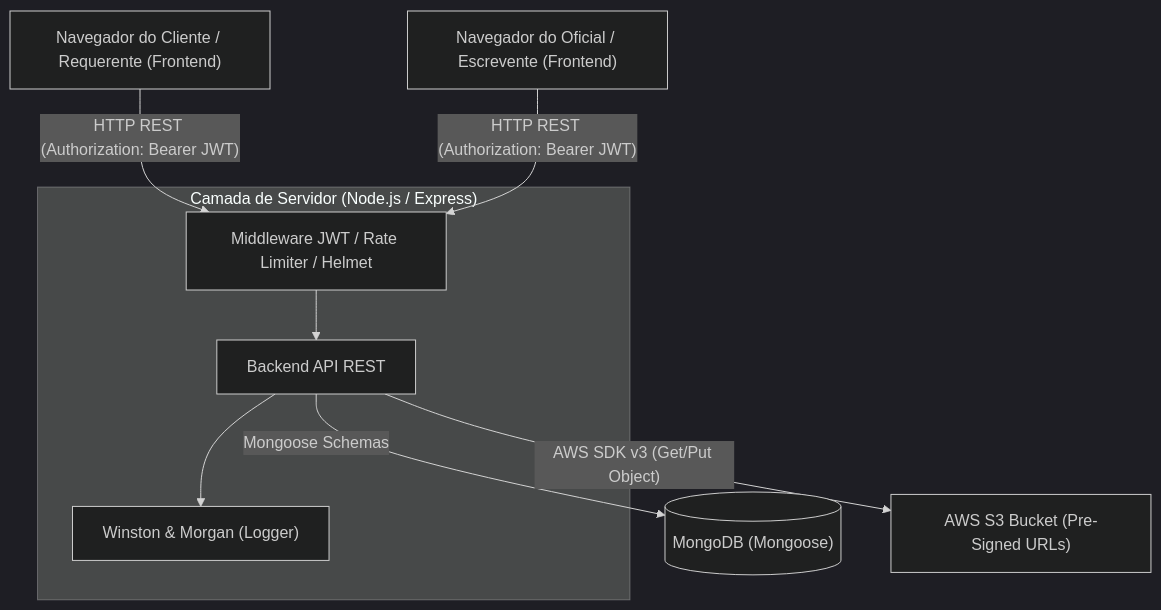
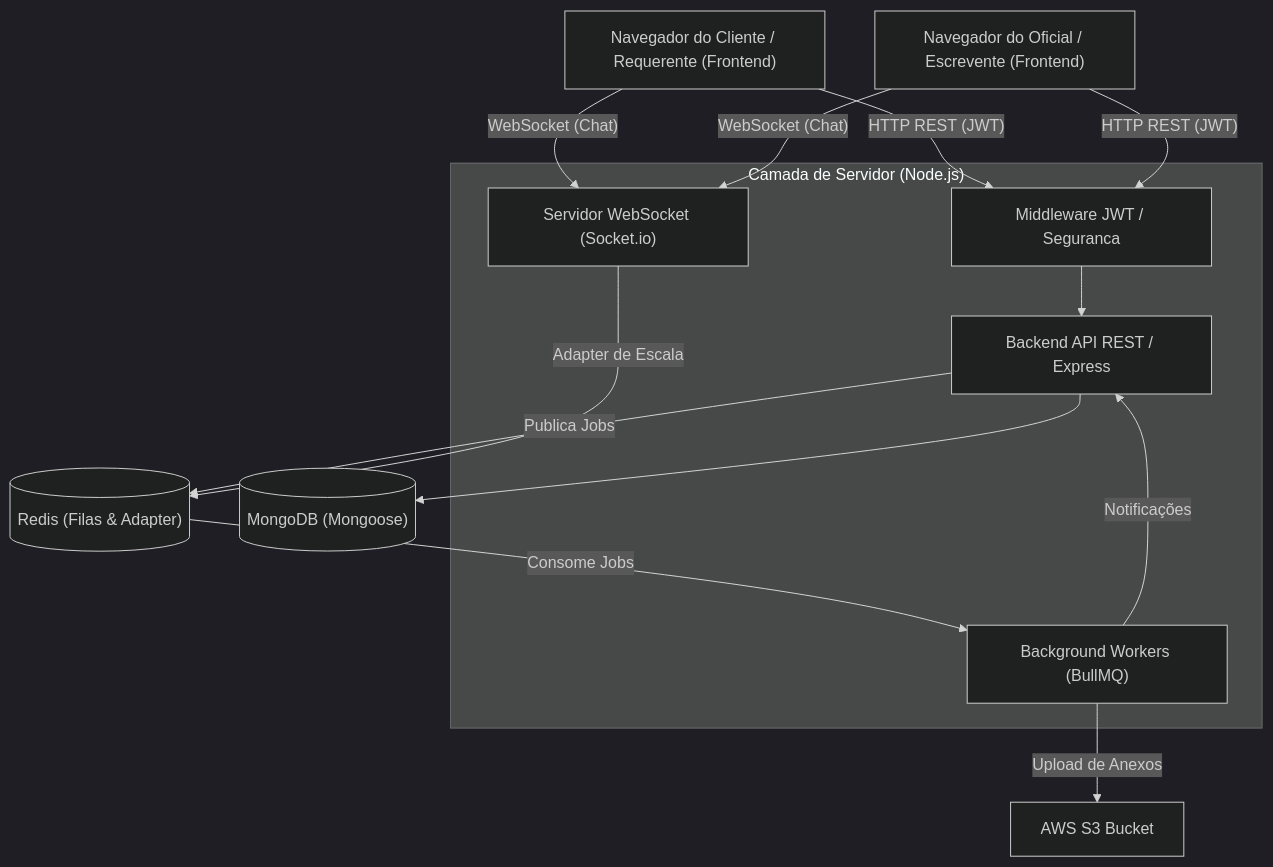
The first of 5 diagrams in documentacao_tecnica.md (Bruno-LimaHG/SIGACRC), drawn with Mermaid (dark theme) before and after one commit. The commit also changed other lines of this file and 35 other files, not shown here.

Commit message:
feat: atualização da arquitetura (BullMQ, Redis, WebSocket) na documentação técnica, ajustes de SEO (robots.txt, roteamento) e reescrita de textos (WAF)

````diff
--- a/documentacao_tecnica.md
+++ b/documentacao_tecnica.md
@@ -32,22 +34,31 @@
 ```mermaid
 graph TD
     Client["Navegador do Cliente / Requerente (Frontend)"]
     Admin["Navegador do Oficial / Escrevente (Frontend)"]
     
-    subgraph "Camada de Servidor (Node.js / Express)"
-        API["Backend API REST"]
-        Auth["Middleware JWT / Rate Limiter / Helmet"]
-        Logger["Winston & Morgan (Logger)"]
+    subgraph "Camada de Servidor (Node.js)"
+        API["Backend API REST / Express"]
+        WS["Servidor WebSocket (Socket.io)"]
+        Auth["Middleware JWT / Seguranca"]
+        Workers["Background Workers (BullMQ)"]
     end
     
     DB[("MongoDB (Mongoose)")]
-    S3["AWS S3 Bucket (Pre-Signed URLs)"]
+    Redis[("Redis (Filas & Adapter)")]
+    S3["AWS S3 Bucket"]
     
-    Client -- "HTTP REST (Authorization: Bearer JWT)" --> Auth
-    Admin -- "HTTP REST (Authorization: Bearer JWT)" --> Auth
+    Client -- "HTTP REST (JWT)" --> Auth
+    Admin -- "HTTP REST (JWT)" --> Auth
+    Client -- "WebSocket (Chat)" --> WS
+    Admin -- "WebSocket (Chat)" --> WS
+    
     Auth --> API
-    API --> Logger
+    API --> DB
     
-    API -- "Mongoose Schemas" --> DB
-    API -- "AWS SDK v3 (Get/Put Object)" --> S3
+    API -- "Publica Jobs" --> Redis
+    WS -- "Adapter de Escala" --> Redis
+    Redis -- "Consome Jobs" --> Workers
+    
+    Workers -- "Upload de Anexos" --> S3
+    Workers -- "Notificações" --> API
 ```
````
